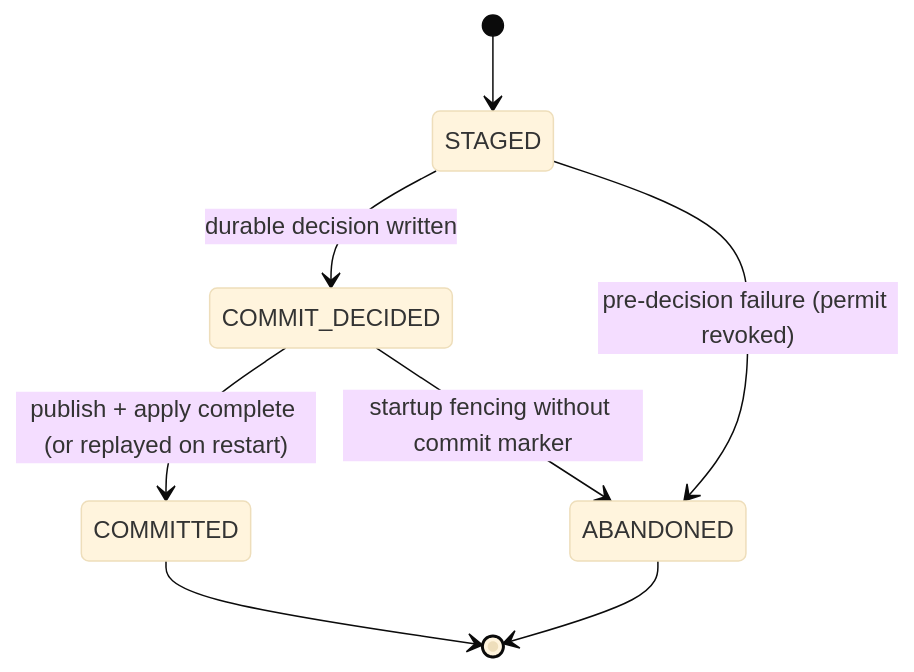
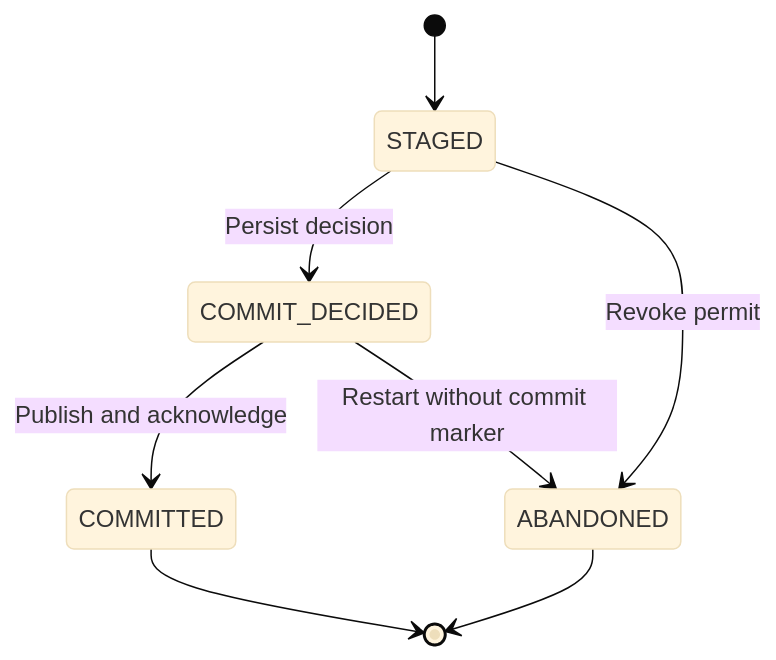
Before and after one commit to diaosj/fluxway: the diagram in docs/checkpoint.md, drawn with Mermaid (base theme). The commit also changed other lines of this file and 31 other files, not shown here.

Commit message:
[Docs] Add comprehensive architecture, placement, coherence, and transfer planning documentation.

````diff
--- a/docs/checkpoint.md
+++ b/docs/checkpoint.md
@@ -64,10 +215,10 @@
 ```mermaid
 stateDiagram-v2
     [*] --> STAGED
-    STAGED --> COMMIT_DECIDED: durable decision written
-    STAGED --> ABANDONED: pre-decision failure (permit revoked)
-    COMMIT_DECIDED --> COMMITTED: publish + apply complete (or replayed on restart)
-    COMMIT_DECIDED --> ABANDONED: startup fencing without commit marker
+    STAGED --> COMMIT_DECIDED: Persist decision
+    STAGED --> ABANDONED: Revoke permit
+    COMMIT_DECIDED --> COMMITTED: Publish and acknowledge
+    COMMIT_DECIDED --> ABANDONED: Restart without commit marker
     COMMITTED --> [*]
     ABANDONED --> [*]
 ```
````
